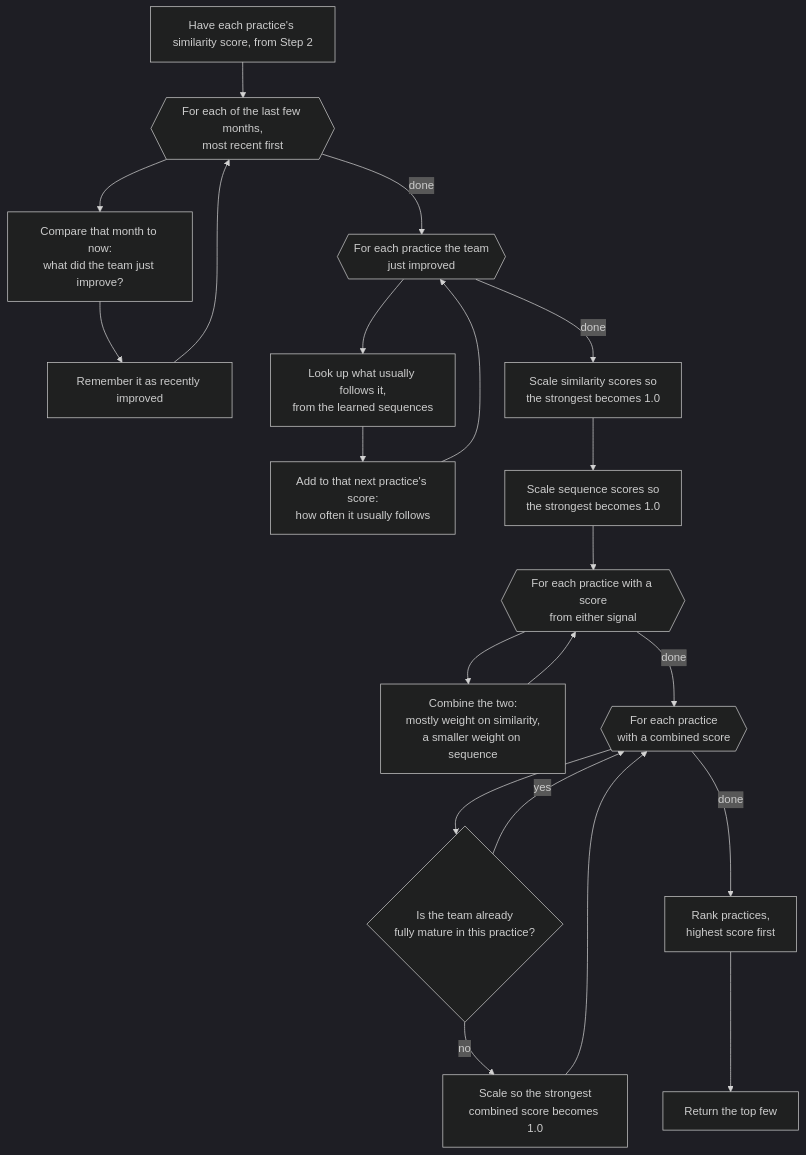
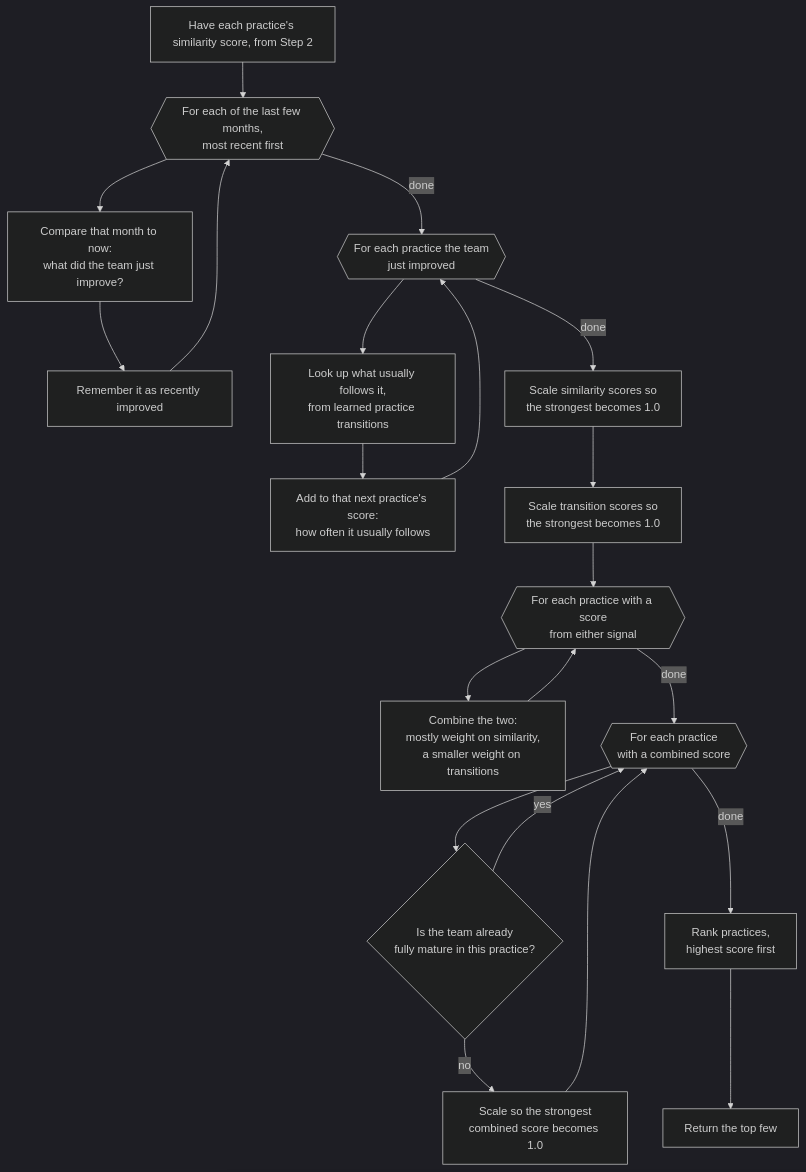
One commit to erezmorabia/agile-prediction-mvp changed the diagram in docs/flowcharts/blend-similarity-and-sequence-scores.md. Above: the diagram before and after it, drawn with Mermaid (dark theme). The commit also changed other lines of this file and 37 other files, not shown here.

````diff
--- a/docs/flowcharts/blend-similarity-and-sequence-scores.md
+++ b/docs/flowcharts/blend-similarity-and-sequence-scores.md
@@ -10,23 +10,23 @@
 ```mermaid
 flowchart TD
     A[Have each practice's similarity score, from Step 2] --> B{{For each of the last few months,<br/>most recent first}}
     B --> C["Compare that month to now:<br/>what did the team just improve?"]
     C --> D[Remember it as recently improved]
     D --> B
     B -->|done| E{{For each practice the team<br/>just improved}}
-    E --> F["Look up what usually follows it,<br/>from the learned sequences"]
+    E --> F["Look up what usually follows it,<br/>from learned practice transitions"]
     F --> G["Add to that next practice's score:<br/>how often it usually follows"]
     G --> E
     E -->|done| H[Scale similarity scores so<br/>the strongest becomes 1.0]
-    H --> I[Scale sequence scores so<br/>the strongest becomes 1.0]
+    H --> I[Scale transition scores so<br/>the strongest becomes 1.0]
     I --> J{{For each practice with a score<br/>from either signal}}
-    J --> K["Combine the two:<br/>mostly weight on similarity,<br/>a smaller weight on sequence"]
+    J --> K["Combine the two:<br/>mostly weight on similarity,<br/>a smaller weight on transitions"]
     K --> J
     J -->|done| L{{For each practice<br/>with a combined score}}
     L --> M{Is the team already<br/>fully mature in this practice?}
     M -->|yes| L
     M -->|no| N[Scale so the strongest<br/>combined score becomes 1.0]
     N --> L
     L -->|done| O[Rank practices,<br/>highest score first]
     O --> P[Return the top few]
 ```
````
